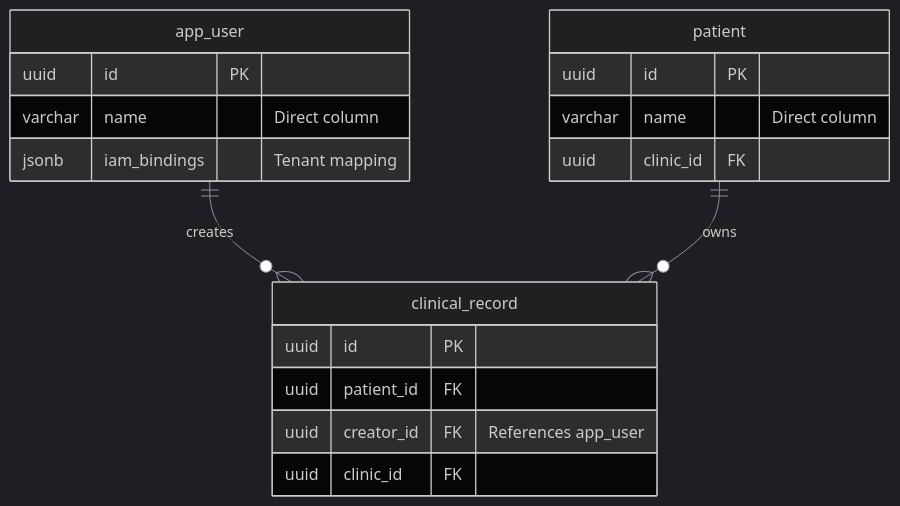
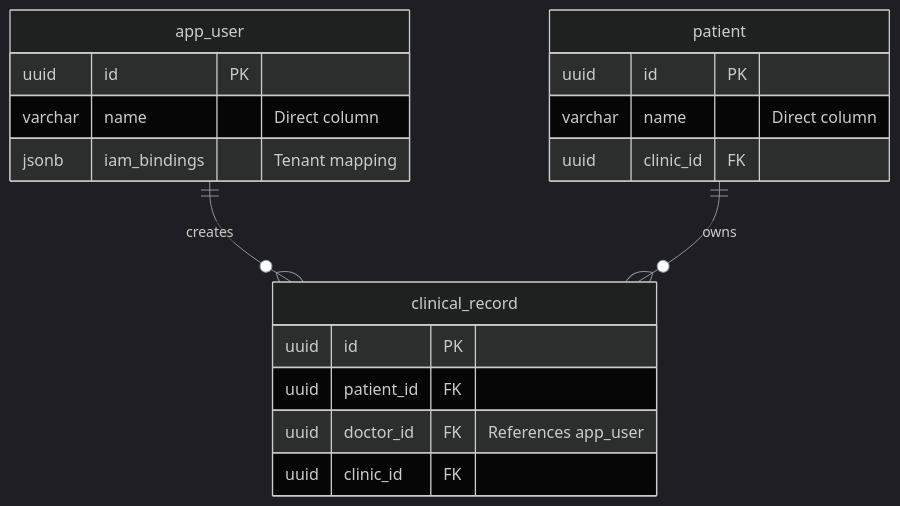
The first of 2 diagrams in wiki-site/docs/core-architecture/database.md (bbanho/intraclinica-supabase), drawn with Mermaid before and after one commit. The commit also changed other lines of this file and 13 other files, not shown here.

First line of the commit message:
docs(wiki): sync all docs to post-IAM architecture state

````diff
--- a/wiki-site/docs/core-architecture/database.md
+++ b/wiki-site/docs/core-architecture/database.md
@@ -21,23 +21,23 @@
 ```mermaid
 %%{init: {'theme': 'dark', 'themeVariables': { 'primaryColor': '#2d333b', 'primaryBorderColor': '#6d5dfc', 'primaryTextColor': '#e6edf3', 'lineColor': '#8b949e', 'background': '#161b22' }}}%%
 erDiagram
     app_user {
         uuid id PK
         varchar name "Direct column"
         jsonb iam_bindings "Tenant mapping"
     }
     patient {
         uuid id PK
         varchar name "Direct column"
         uuid clinic_id FK
     }
     clinical_record {
         uuid id PK
         uuid patient_id FK
-        uuid creator_id FK "References app_user"
+        uuid doctor_id FK "References app_user"
         uuid clinic_id FK
     }
     
     app_user ||--o{ clinical_record : "creates"
     patient ||--o{ clinical_record : "owns"
 ```
````
